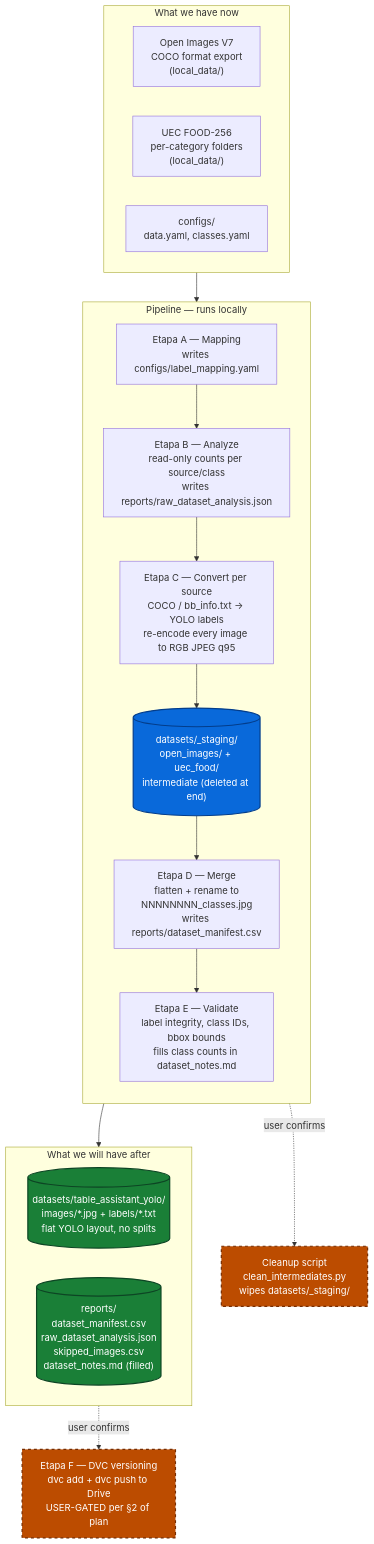
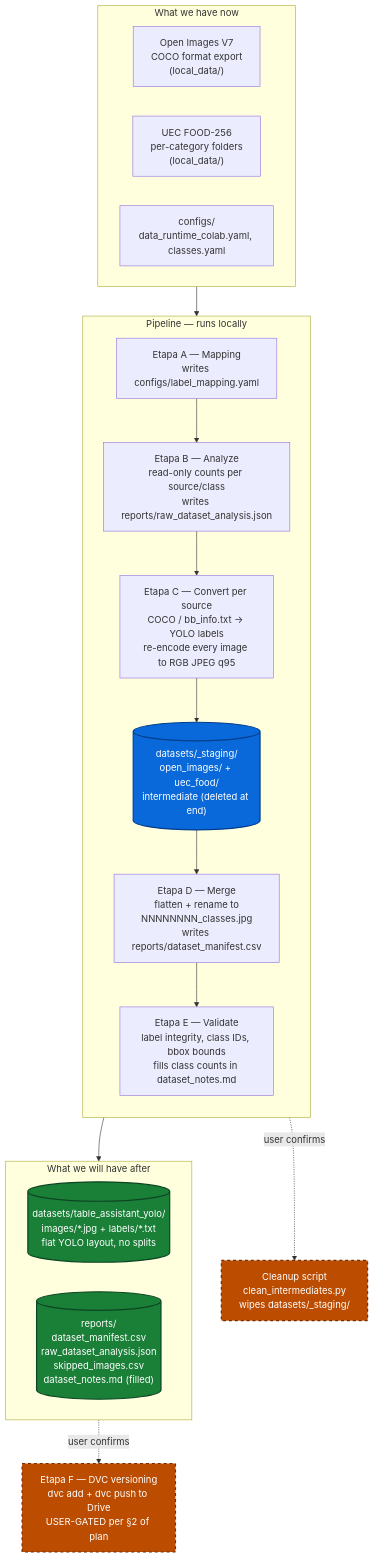
One commit to LucasGVallejos/iaa-visual-table-assistant changed the diagram in docs/phase1-dataset-preparation-flow.md. Above: the diagram before and after it, drawn with Mermaid. The commit also changed 10 other files, not shown here.

````diff
--- a/docs/phase1-dataset-preparation-flow.md
+++ b/docs/phase1-dataset-preparation-flow.md
@@ -9,40 +9,40 @@
 ```mermaid
 flowchart TB
     subgraph Now["What we have now"]
         direction LR
         OI["Open Images V7<br/>COCO format export<br/>(local_data/)"]
         UEC["UEC FOOD-256<br/>per-category folders<br/>(local_data/)"]
-        CFG["configs/<br/>data.yaml, classes.yaml"]
+        CFG["configs/<br/>data_runtime_colab.yaml, classes.yaml"]
     end
 
     subgraph Pipeline["Pipeline — runs locally"]
         direction TB
         A["Etapa A — Mapping<br/>writes configs/label_mapping.yaml"]
         B["Etapa B — Analyze<br/>read-only counts per source/class<br/>writes reports/raw_dataset_analysis.json"]
         C["Etapa C — Convert per source<br/>COCO / bb_info.txt → YOLO labels<br/>re-encode every image to RGB JPEG q95"]
         STAGE[("datasets/_staging/<br/>open_images/ + uec_food/<br/>intermediate (deleted at end)")]
         D["Etapa D — Merge<br/>flatten + rename to<br/>NNNNNNNN_classes.jpg<br/>writes reports/dataset_manifest.csv"]
         E["Etapa E — Validate<br/>label integrity, class IDs, bbox bounds<br/>fills class counts in dataset_notes.md"]
         A --> B --> C --> STAGE --> D --> E
     end
 
     subgraph After["What we will have after"]
         direction LR
         OUT[("datasets/table_assistant_yolo/<br/>images/*.jpg + labels/*.txt<br/>flat YOLO layout, no splits")]
         REP[("reports/<br/>dataset_manifest.csv<br/>raw_dataset_analysis.json<br/>skipped_images.csv<br/>dataset_notes.md (filled)")]
     end
 
     F["Etapa F — DVC versioning<br/>dvc add + dvc push to Drive<br/>USER-GATED per §2 of plan"]
     CLEAN["Cleanup script<br/>clean_intermediates.py<br/>wipes datasets/_staging/"]
 
     Now --> Pipeline
     Pipeline --> After
     After -.->|user confirms| F
     E -.->|user confirms| CLEAN
 
     style STAGE fill:#0969da,color:#fff,stroke:#033d8b,stroke-width:2px
     style OUT fill:#1a7f37,color:#fff,stroke:#0d4524,stroke-width:2px
     style REP fill:#1a7f37,color:#fff,stroke:#0d4524,stroke-width:2px
     style F fill:#bc4c00,color:#fff,stroke:#762c00,stroke-width:2px,stroke-dasharray: 5 5
     style CLEAN fill:#bc4c00,color:#fff,stroke:#762c00,stroke-width:2px,stroke-dasharray: 5 5
 ```
````
